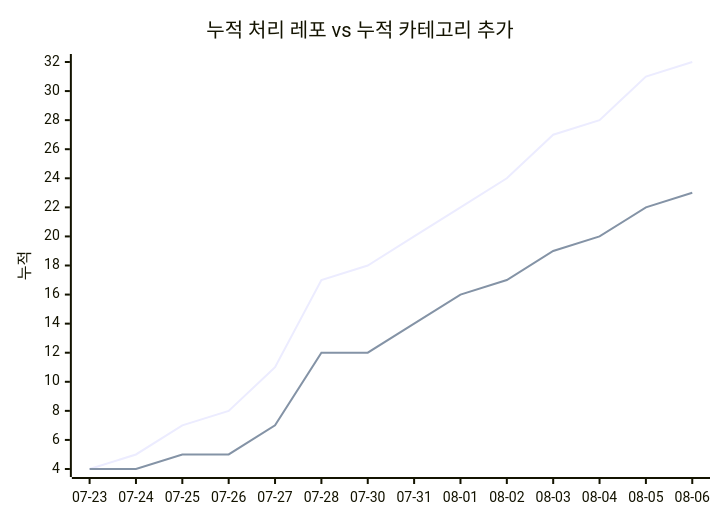
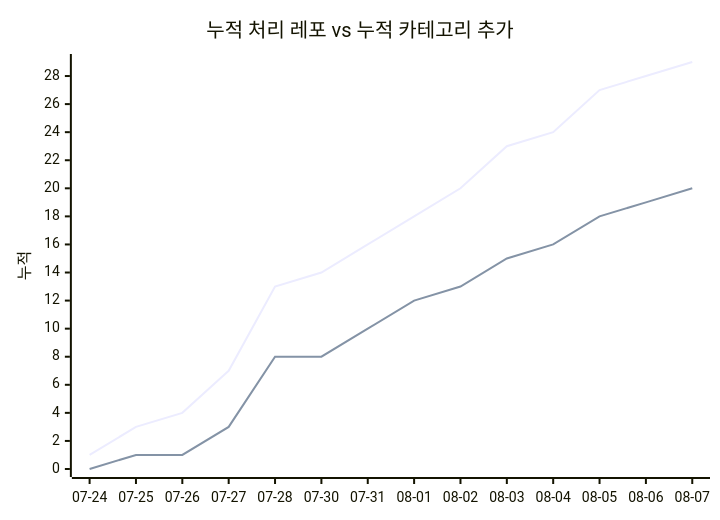
One commit to J-nowcow/awesome-korean-agent-skills changed the second of 2 diagrams in docs/trends.md. Above: the diagram before and after it, drawn with Mermaid. The commit also changed other lines of this file and 28 other files, not shown here.

````diff
--- a/docs/trends.md
+++ b/docs/trends.md
@@ -68,8 +68,8 @@
 ```mermaid
 xychart-beta
     title "누적 처리 레포 vs 누적 카테고리 추가"
-    x-axis ["07-23","07-24","07-25","07-26","07-27","07-28","07-30","07-31","08-01","08-02","08-03","08-04","08-05","08-06"]
+    x-axis ["07-24","07-25","07-26","07-27","07-28","07-30","07-31","08-01","08-02","08-03","08-04","08-05","08-06","08-07"]
     y-axis "누적"
-    line [4,5,7,8,11,17,18,20,22,24,27,28,31,32]
-    line [4,4,5,5,7,12,12,14,16,17,19,20,22,23]
+    line [1,3,4,7,13,14,16,18,20,23,24,27,28,29]
+    line [0,1,1,3,8,8,10,12,13,15,16,18,19,20]
 ```
````
